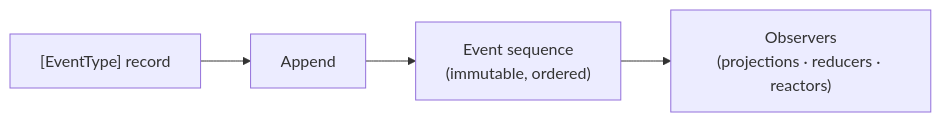
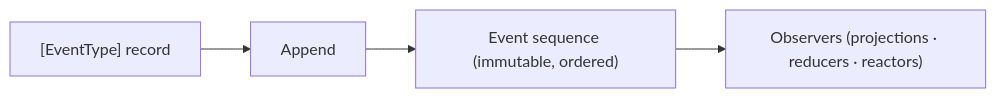
Before and after one commit to Cratis/Chronicle: the diagram in Documentation/events/index.md, drawn with Mermaid. The commit also changed 43 other files, not shown here.

````diff
--- a/Documentation/events/index.md
+++ b/Documentation/events/index.md
@@ -5,6 +5,6 @@
 ```mermaid
 flowchart LR
     T["[EventType] record"] --> A[Append]
-    A --> S["Event sequence<br/>(immutable, ordered)"]
-    S --> O["Observers<br/>(projections · reducers · reactors)"]
+    A --> S["Event sequence (immutable, ordered)"]
+    S --> O["Observers (projections · reducers · reactors)"]
 ```
````
